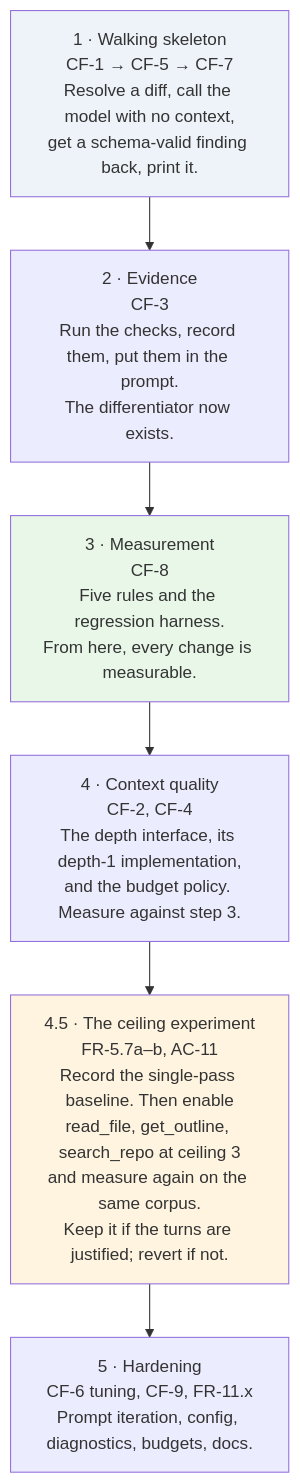
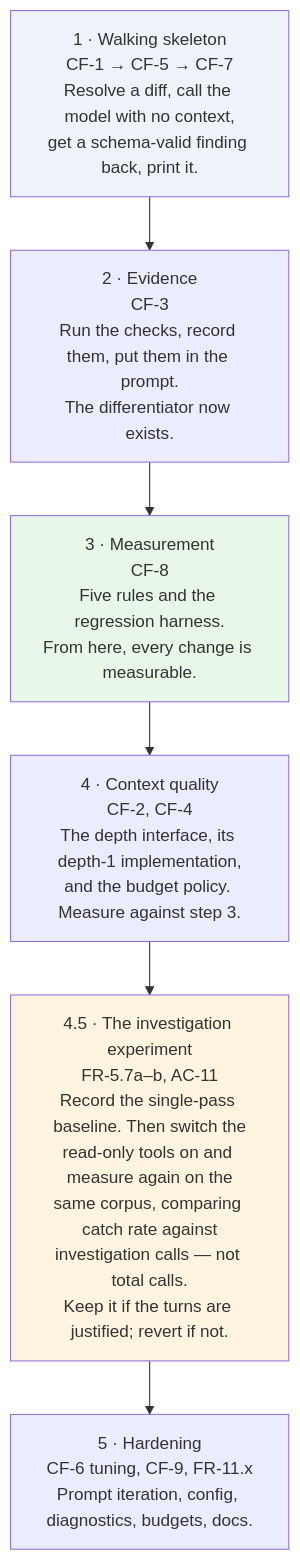
Before and after one commit to nhahub/NHA-5-285: the third of 3 diagrams in Docs/agentic-code-review-srs-v1.md, drawn with Mermaid. The commit also changed other lines of this file and 8 other files, not shown here.

````diff
--- a/Docs/agentic-code-review-srs-v1.md
+++ b/Docs/agentic-code-review-srs-v1.md
@@ -468,15 +620,15 @@
 ```mermaid
 flowchart TD
     S1["1 · Walking skeleton<br/>CF-1 → CF-5 → CF-7<br/>Resolve a diff, call the model with no context,<br/>get a schema-valid finding back, print it."]
     S2["2 · Evidence<br/>CF-3<br/>Run the checks, record them, put them in the prompt.<br/>The differentiator now exists."]
     S3["3 · Measurement<br/>CF-8<br/>Five rules and the regression harness.<br/>From here, every change is measurable."]
     S4["4 · Context quality<br/>CF-2, CF-4<br/>The depth interface, its depth-1 implementation,<br/>and the budget policy. Measure against step 3."]
-    S45["4.5 · The ceiling experiment<br/>FR-5.7a–b, AC-11<br/>Record the single-pass baseline. Then enable<br/>read_file, get_outline, search_repo at ceiling 3<br/>and measure again on the same corpus.<br/>Keep it if the turns are justified; revert if not."]
+    S45["4.5 · The investigation experiment<br/>FR-5.7a–b, AC-11<br/>Record the single-pass baseline. Then switch the<br/>read-only tools on and measure again on the<br/>same corpus, comparing catch rate against<br/>investigation calls — not total calls.<br/>Keep it if the turns are justified; revert if not."]
     S5["5 · Hardening<br/>CF-6 tuning, CF-9, FR-11.x<br/>Prompt iteration, config, diagnostics, budgets, docs."]
 
     S1 --> S2 --> S3 --> S4 --> S45 --> S5
 
     style S1 fill:#eef3fa
     style S3 fill:#e8f7e8
     style S45 fill:#fff4e0
 ```
````
